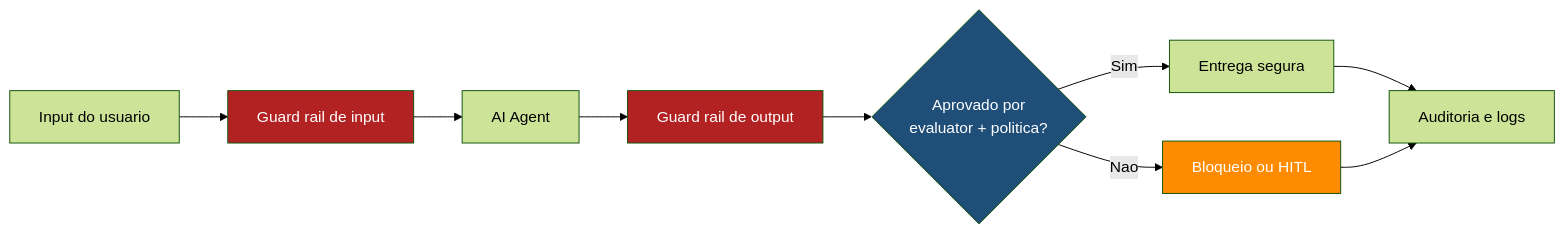
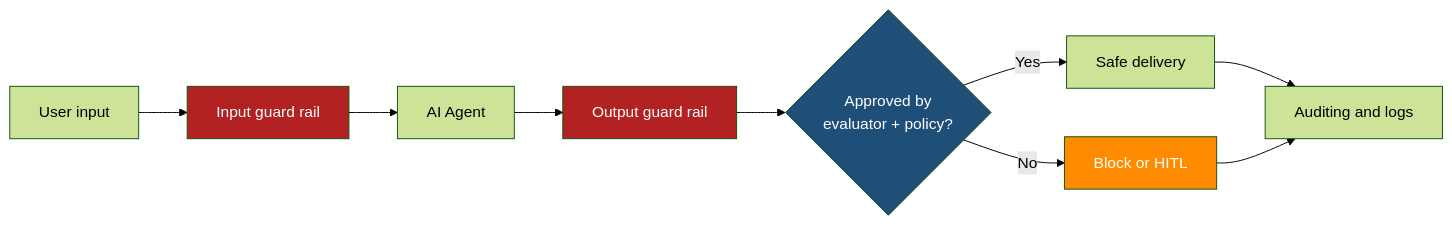
Before and after one commit to fabioharams/hubsp-ai-skill: the fifth of 9 diagrams in doc/resultado.md, drawn with Mermaid (forest theme). The commit also changed other lines of this file and 21 other files, not shown here.

````diff
--- a/doc/resultado.md
+++ b/doc/resultado.md
@@ -146,17 +145,17 @@
 ```mermaid
 flowchart LR
-    A[Input do usuario] --> B[Guard rail de input]
+    A[User input] --> B[Input guard rail]
     B --> C[AI Agent]
-    C --> D[Guard rail de output]
-    D --> E{Aprovado por
-    evaluator + politica?}
-    E -- Sim --> F[Entrega segura]
-    E -- Nao --> G[Bloqueio ou HITL]
-    F --> H[Auditoria e logs]
+    C --> D[Output guard rail]
+    D --> E{Approved by
+    evaluator + policy?}
+    E -- Yes --> F[Safe delivery]
+    E -- No --> G[Block or HITL]
+    F --> H[Auditing and logs]
     G --> H
 
     style B fill:#B22222,color:#fff
     style D fill:#B22222,color:#fff
     style E fill:#1F4E79,color:#fff
     style G fill:#FF8C00,color:#fff
 ```
````
